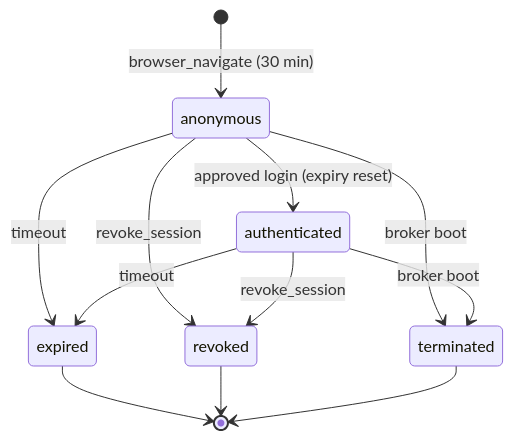
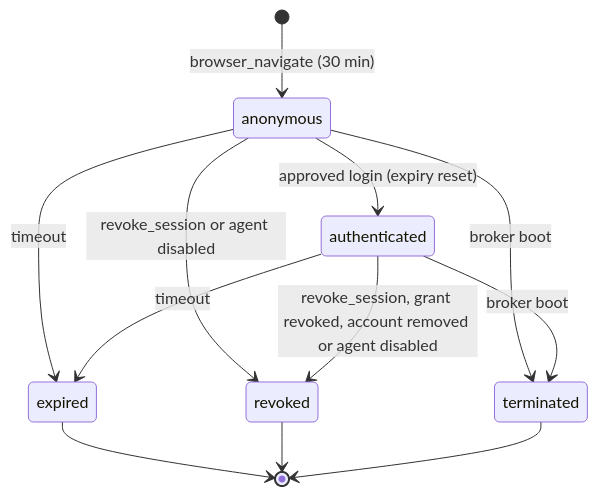
One commit to wezzcoetzee/hermes-password-manager changed the fifth of 5 diagrams in docs/architecture.md. Above: the diagram before and after it, drawn with Mermaid. The commit also changed other lines of this file and 19 other files, not shown here.

First line of the commit message:
fix(broker): end sessions on grant revoke, cancel superseded approvals (#18)

````diff
--- a/docs/architecture.md
+++ b/docs/architecture.md
@@ -164,14 +164,14 @@
 ```mermaid
 stateDiagram-v2
   [*] --> anonymous: browser_navigate (30 min)
   anonymous --> authenticated: approved login (expiry reset)
   anonymous --> expired: timeout
   authenticated --> expired: timeout
-  anonymous --> revoked: revoke_session
-  authenticated --> revoked: revoke_session
+  anonymous --> revoked: revoke_session or agent disabled
+  authenticated --> revoked: revoke_session, grant revoked, account removed or agent disabled
   anonymous --> terminated: broker boot
   authenticated --> terminated: broker boot
   expired --> [*]
   revoked --> [*]
   terminated --> [*]
 ```
````
